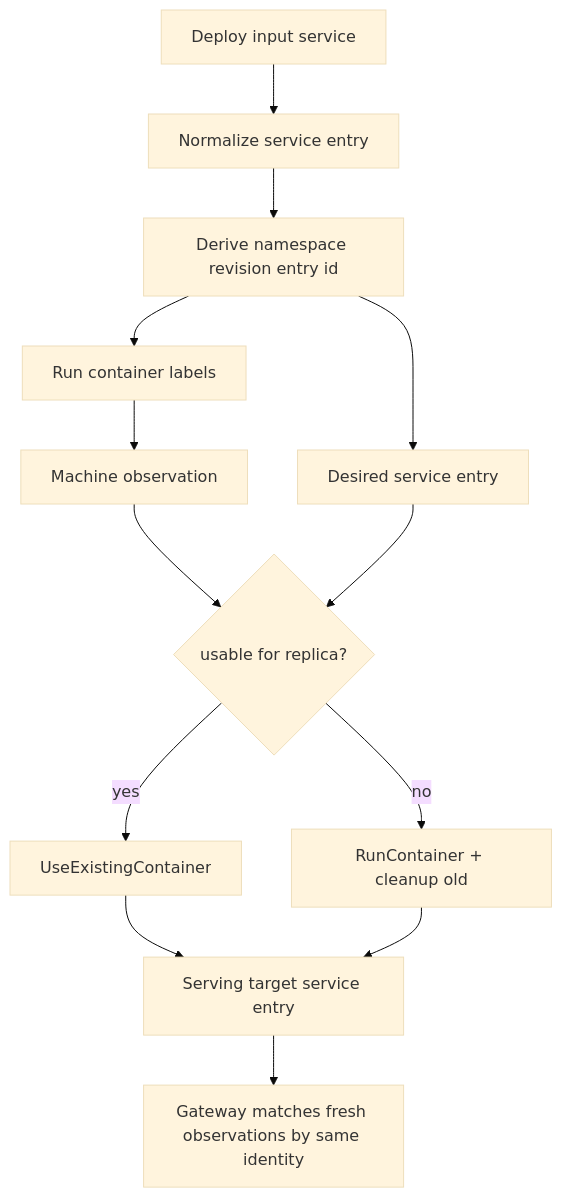
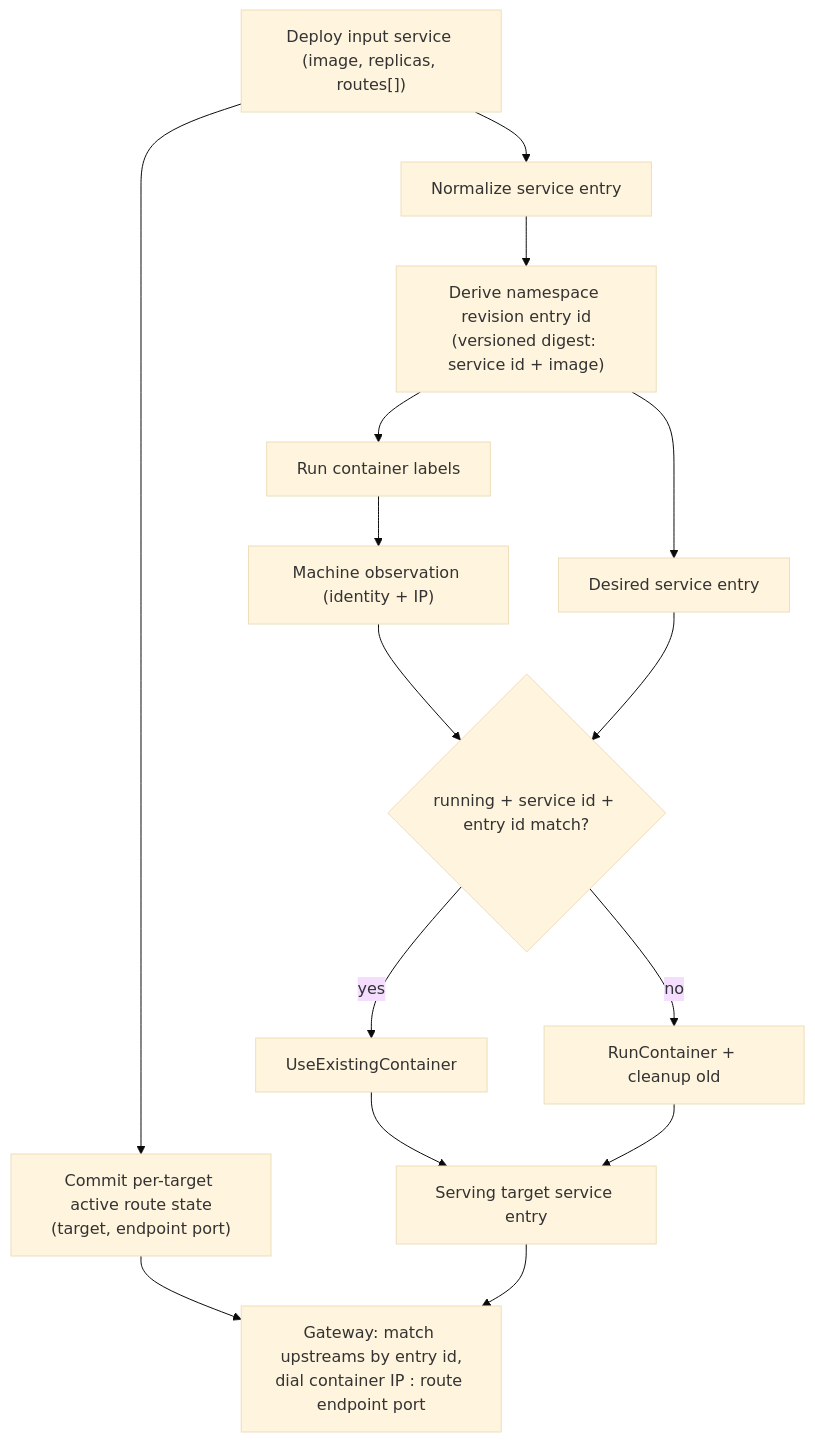
Before and after one commit to getployz/ployz: the diagram in docs/plans/2026-07-03-001-feat-deploy-update-equivalence-plan.md, drawn with Mermaid (base theme). The commit also changed other lines of this file and 7 other files, not shown here.

````diff
--- a/docs/plans/2026-07-03-001-feat-deploy-update-equivalence-plan.md
+++ b/docs/plans/2026-07-03-001-feat-deploy-update-equivalence-plan.md
@@ -118,15 +137,17 @@
 ```mermaid
 flowchart TB
-  A["Deploy input service"] --> B["Normalize service entry"]
-  B --> C["Derive namespace revision entry id"]
+  A["Deploy input service (image, replicas, routes[])"] --> B["Normalize service entry"]
+  B --> C["Derive namespace revision entry id\n(versioned digest: service id + image)"]
+  A --> R["Commit per-target active route state\n(target, endpoint port)"]
   C --> D["Run container labels"]
-  D --> E["Machine observation"]
+  D --> E["Machine observation (identity + IP)"]
   C --> F["Desired service entry"]
-  E --> G{"usable for replica?"}
+  E --> G{"running + service id + entry id match?"}
   F --> G
   G -->|yes| H["UseExistingContainer"]
   G -->|no| I["RunContainer + cleanup old"]
   H --> J["Serving target service entry"]
   I --> J
-  J --> K["Gateway matches fresh observations by same identity"]
+  R --> K
+  J --> K["Gateway: match upstreams by entry id,\ndial container IP : route endpoint port"]
 ```
````
